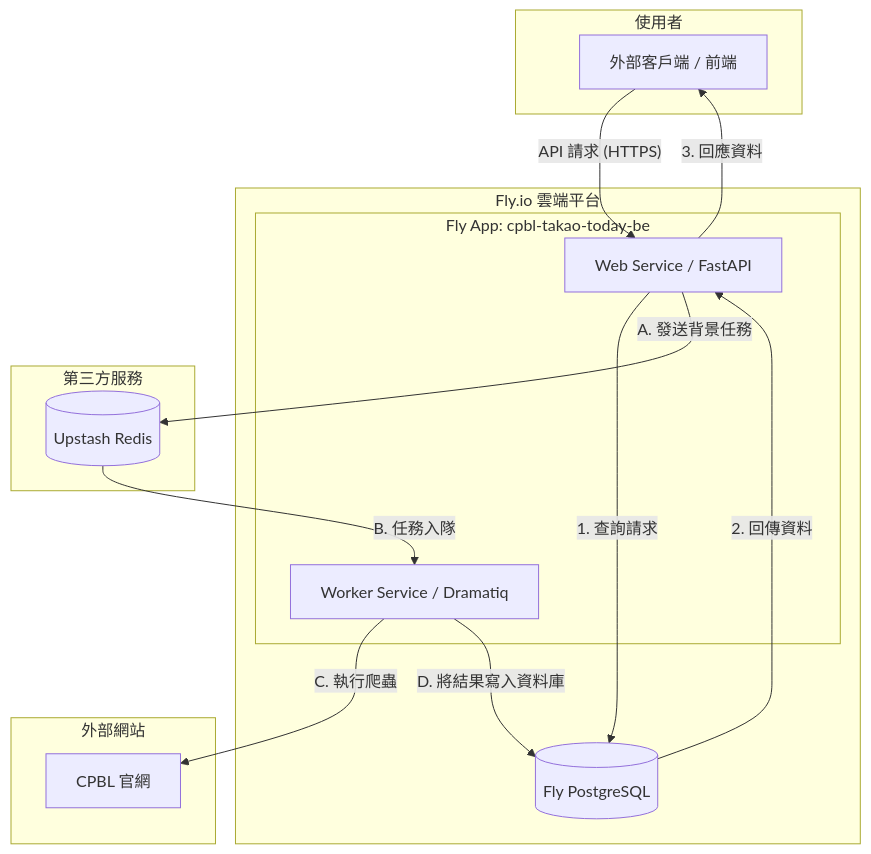
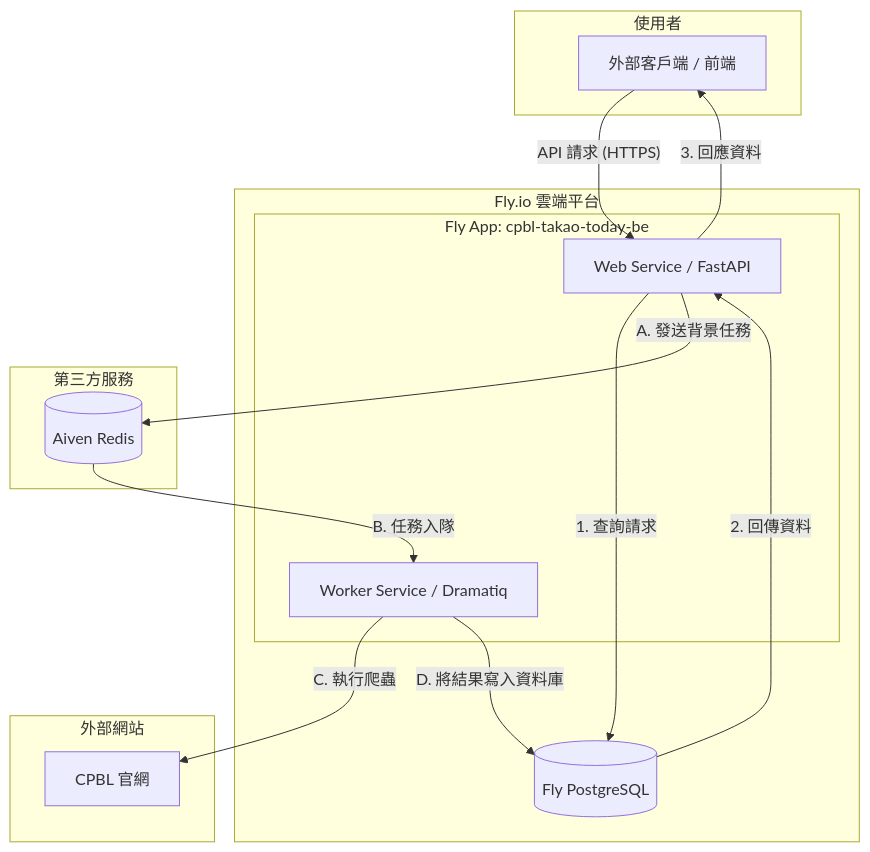
Before and after one commit to s22shadowl/cpbl_takao_today_BE: the diagram in readme.md, drawn with Mermaid. The commit also changed other lines of this file and 10 other files, not shown here.

````diff
--- a/readme.md
+++ b/readme.md
@@ -30,32 +31,32 @@
 ```mermaid
 graph TD
     subgraph "使用者"
         Client[外部客戶端 / 前端]
     end
 
     subgraph "Fly.io 雲端平台"
         subgraph "Fly App: cpbl-takao-today-be"
             Web[Web Service / FastAPI]
             Worker[Worker Service / Dramatiq]
         end
         DB[(Fly PostgreSQL)]
     end
 
     subgraph "第三方服務"
-        Broker[(Upstash Redis)]
+        Broker[(Aiven Redis)]
     end
 
     subgraph "外部網站"
         CPBL[CPBL 官網]
     end
 
     Client -- "API 請求 (HTTPS)" --> Web
     Web -- "1. 查詢請求" --> DB
     DB -- "2. 回傳資料" --> Web
     Web -- "3. 回應資料" --> Client
 
     Web -- "A. 發送背景任務" --> Broker
     Broker -- "B. 任務入隊" --> Worker
     Worker -- "C. 執行爬蟲" --> CPBL
     Worker -- "D. 將結果寫入資料庫" --> DB
 ```
````
